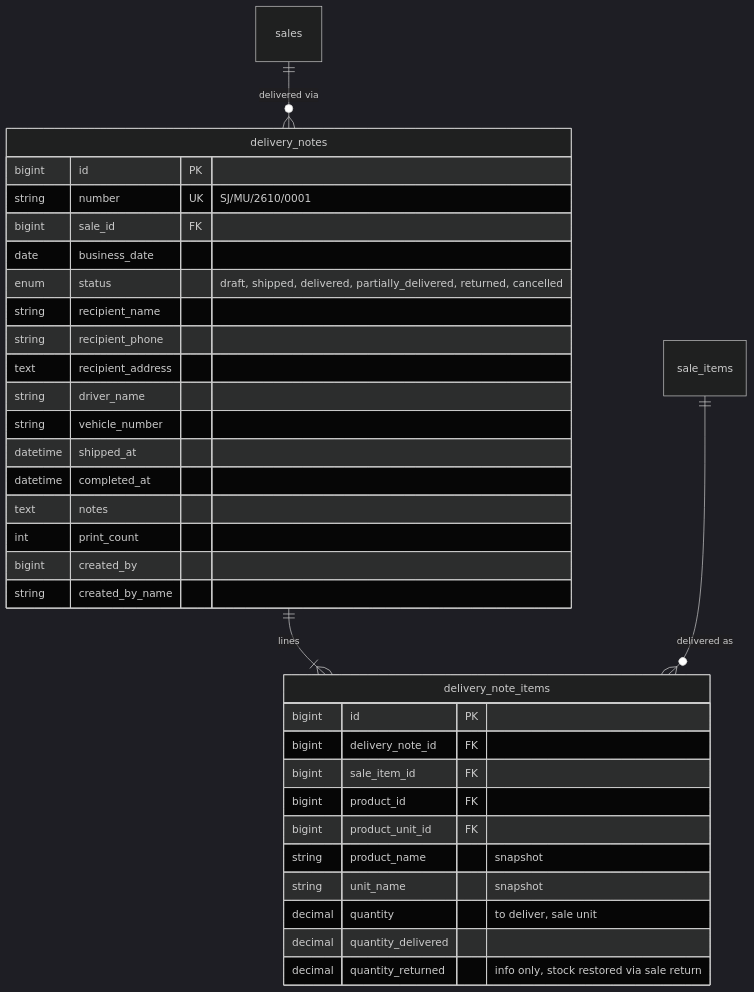
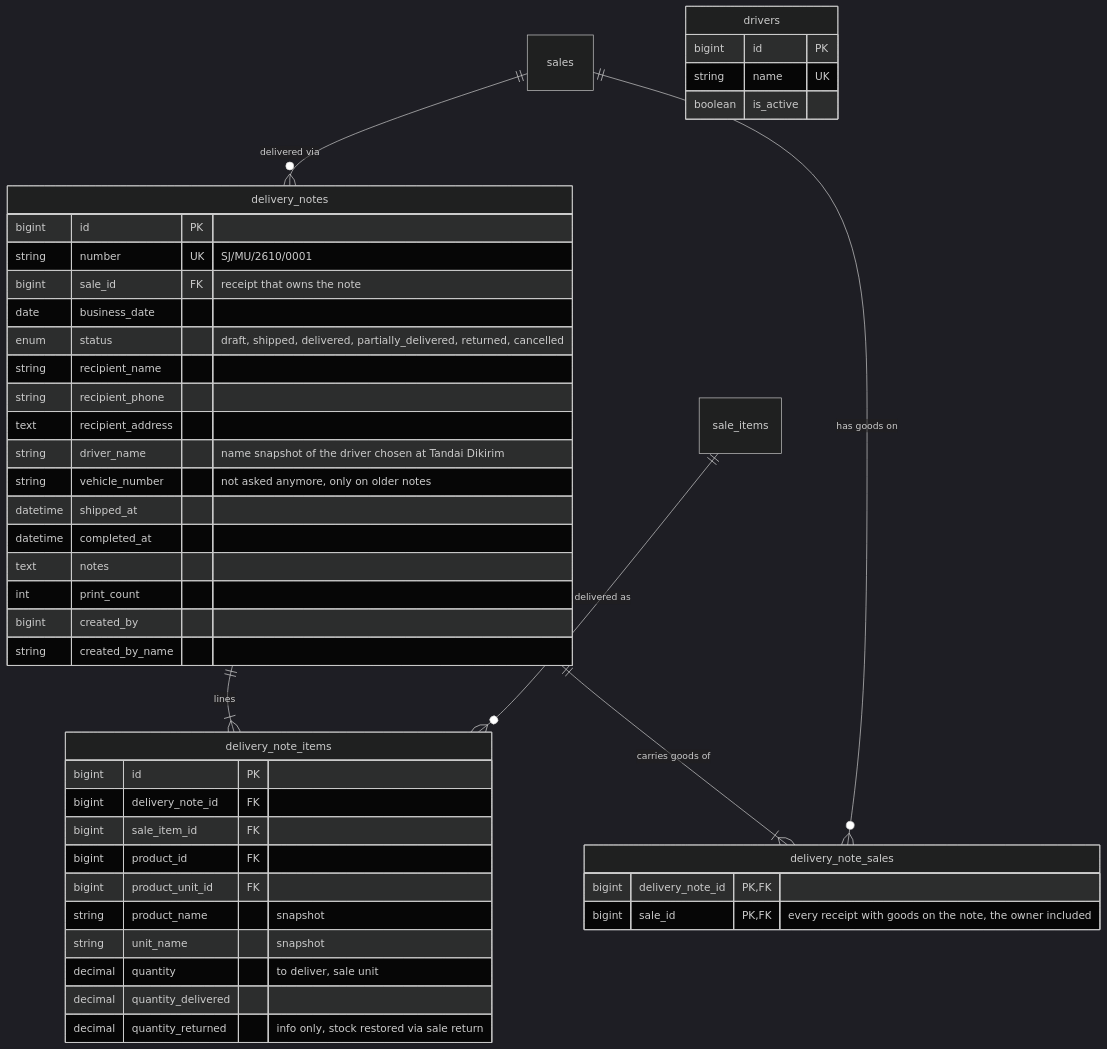
One commit to aliefpraditya/store-management changed diagram 28 of 30 in docs/analisis-sistem.md. Above: the diagram before and after it, drawn with Mermaid (dark theme). The commit also changed other lines of this file and 21 other files, not shown here.

First line of the commit message:
Fix the review findings on drivers and combined delivery notes

````diff
--- a/docs/analisis-sistem.md
+++ b/docs/analisis-sistem.md
@@ -1470,37 +1470,48 @@
 ```mermaid
 erDiagram
     sales ||--o{ delivery_notes : "delivered via"
     delivery_notes ||--|{ delivery_note_items : "lines"
     sale_items ||--o{ delivery_note_items : "delivered as"
+    delivery_notes ||--|{ delivery_note_sales : "carries goods of"
+    sales ||--o{ delivery_note_sales : "has goods on"
 
     delivery_notes {
         bigint id PK
         string number UK "SJ/MU/2610/0001"
-        bigint sale_id FK
+        bigint sale_id FK "receipt that owns the note"
         date business_date
         enum status "draft, shipped, delivered, partially_delivered, returned, cancelled"
         string recipient_name
         string recipient_phone
         text recipient_address
-        string driver_name
-        string vehicle_number
+        string driver_name "name snapshot of the driver chosen at Tandai Dikirim"
+        string vehicle_number "not asked anymore, only on older notes"
         datetime shipped_at
         datetime completed_at
         text notes
         int print_count
         bigint created_by
         string created_by_name
     }
     delivery_note_items {
         bigint id PK
         bigint delivery_note_id FK
         bigint sale_item_id FK
         bigint product_id FK
         bigint product_unit_id FK
         string product_name "snapshot"
         string unit_name "snapshot"
         decimal quantity "to deliver, sale unit"
         decimal quantity_delivered
         decimal quantity_returned "info only, stock restored via sale return"
     }
+    delivery_note_sales {
+        bigint delivery_note_id PK, FK
+        bigint sale_id PK, FK "every receipt with goods on the note, the owner included"
+    }
+    drivers {
+        bigint id PK
+        string name UK
+        boolean is_active
+    }
 ```
````
